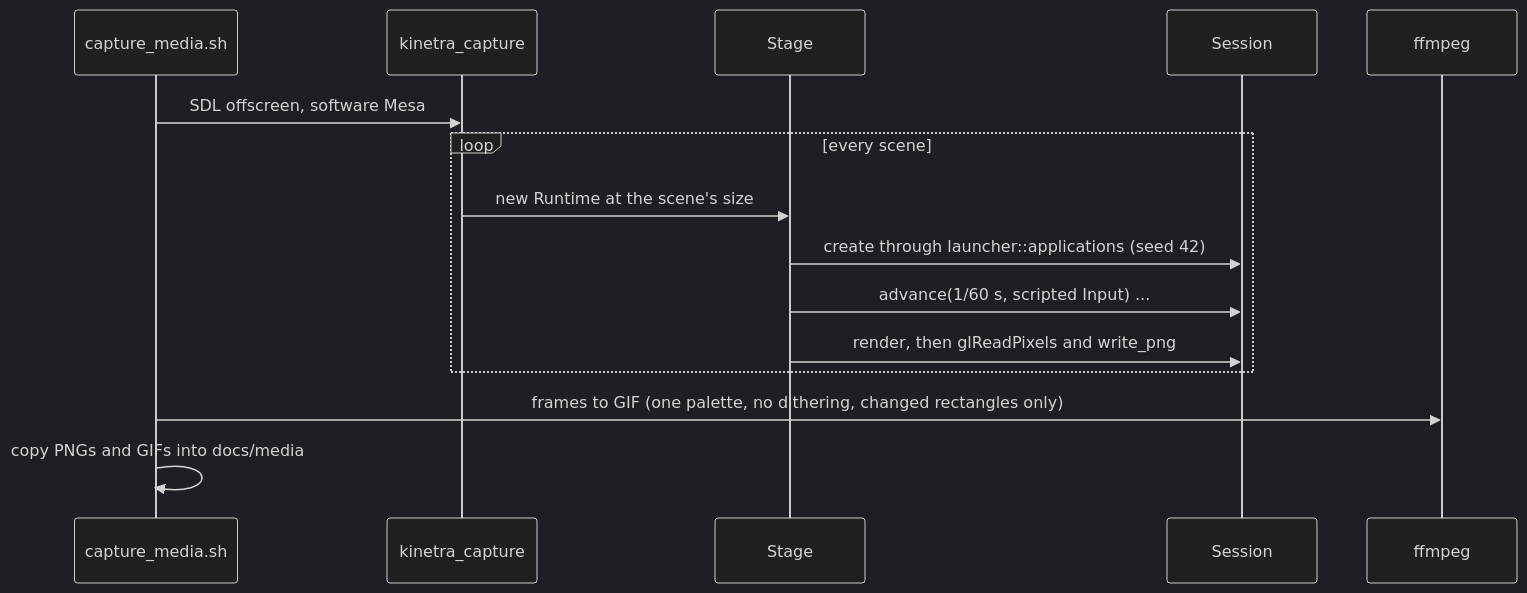
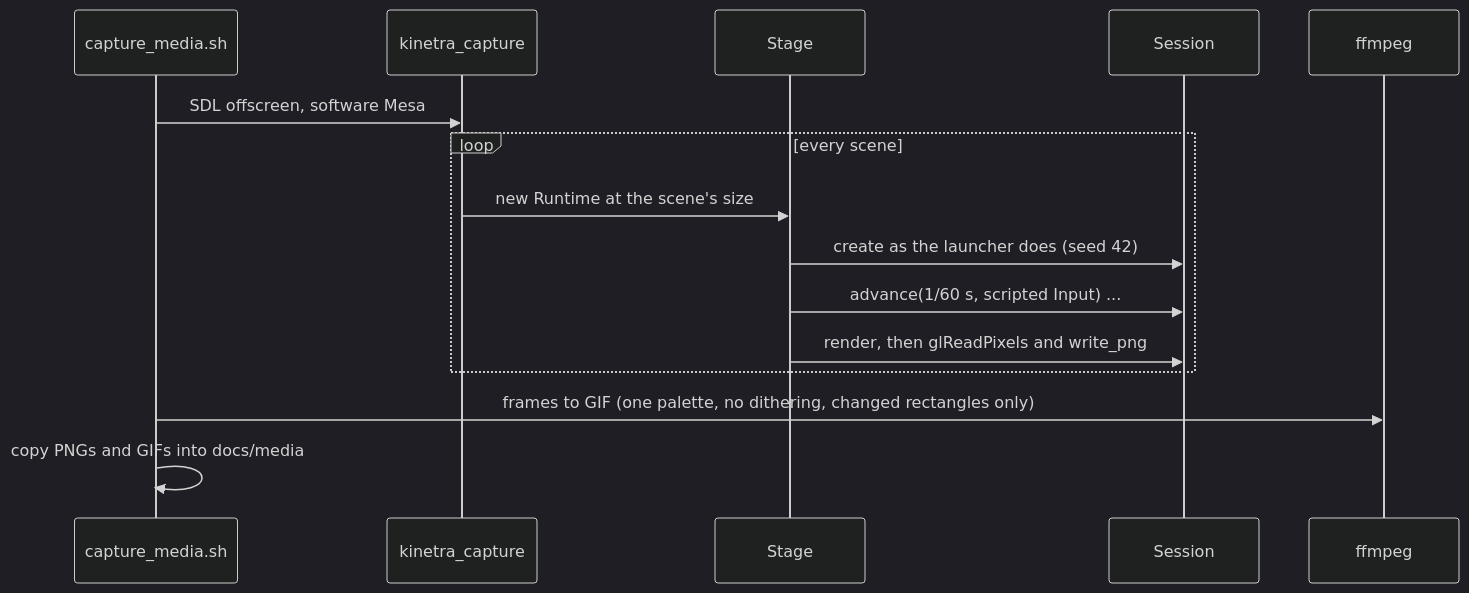
Before and after one commit to SMB-M87/Kinetra-Lab: the second of 2 diagrams in tools/capture/README.md, drawn with Mermaid (dark theme). The commit also changed other lines of this file and 12 other files, not shown here.

````diff
--- a/tools/capture/README.md
+++ b/tools/capture/README.md
@@ -70,17 +76,17 @@
 ```mermaid
 sequenceDiagram
     participant Sh as capture_media.sh
     participant T as kinetra_capture
     participant St as Stage
     participant S as Session
     participant F as ffmpeg
     Sh->>T: SDL offscreen, software Mesa
     loop every scene
         T->>St: new Runtime at the scene's size
-        St->>S: create through launcher::applications (seed 42)
+        St->>S: create as the launcher does (seed 42)
         St->>S: advance(1/60 s, scripted Input) ...
         St->>S: render, then glReadPixels and write_png
     end
     Sh->>F: frames to GIF (one palette, no dithering, changed rectangles only)
     Sh->>Sh: copy PNGs and GIFs into docs/media
 ```
````
